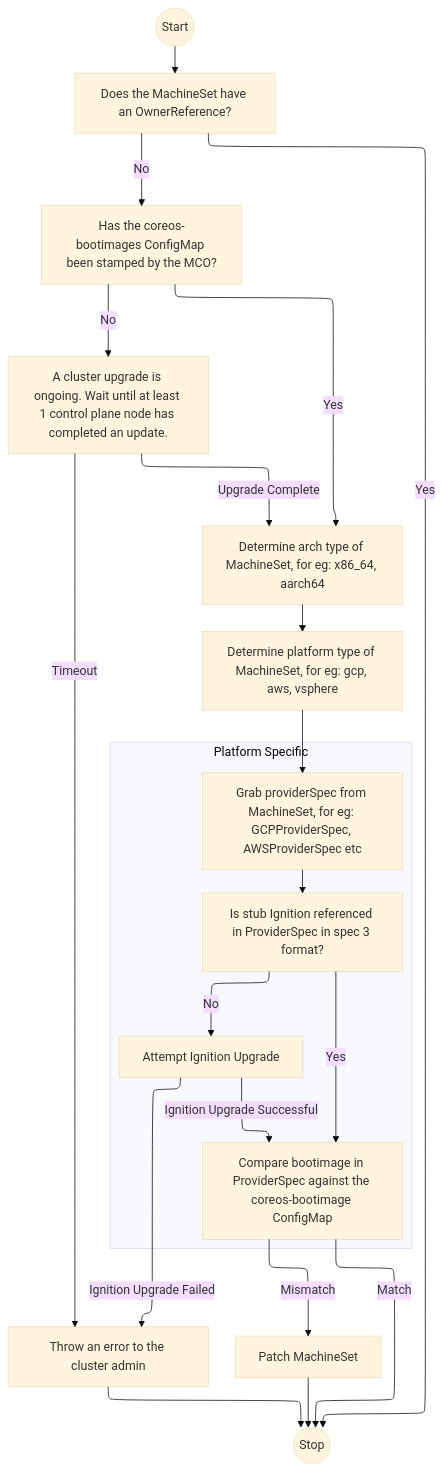
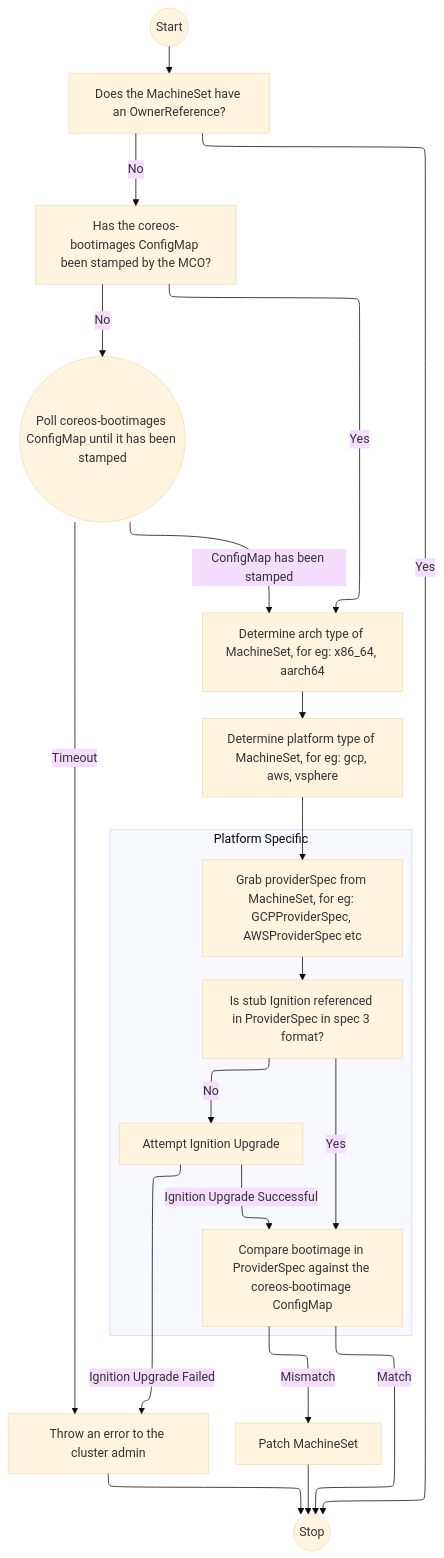
The first of 2 diagrams in enhancements/machine-config/manage-boot-images.md (openshift/enhancements), drawn with Mermaid (base theme) before and after one commit. The commit also changed other lines of this file, not shown here.

Commit message:
drafted skew enforcement API, updated timeline

````diff
--- a/enhancements/machine-config/manage-boot-images.md
+++ b/enhancements/machine-config/manage-boot-images.md
@@ -611,27 +640,27 @@
 ```mermaid
 flowchart-elk TD;
     Start((Start)) -->MachineSetOwnerCheck[Does the MachineSet have an OwnerReference?]
     MachineSetOwnerCheck -->|Yes|Stop
     MachineSetOwnerCheck -->|No| ConfigMapCheck[Has the coreos-bootimages ConfigMap been stamped by the MCO?] ;
     
     ConfigMapCheck -->|Yes|ArchType[Determine arch type of MachineSet, for eg: x86_64, aarch64] ;
-    ConfigMapCheck -->|No| Wait[A cluster upgrade is ongoing. Wait until at least 1 control plane node has completed an update.];
-    Wait --> |Upgrade Complete| ArchType
+    ConfigMapCheck -->|No| Wait((Poll coreos-bootimages ConfigMap until it has been stamped));
+    Wait --> |ConfigMap has been stamped| ArchType
     Wait --> |Timeout| Error
     ArchType -->PlatformType[Determine platform type of MachineSet, for eg: gcp, aws, vsphere] ;
     PlatformType -->ProviderSpec[Grab providerSpec from MachineSet, for eg: GCPProviderSpec, AWSProviderSpec etc] ;
 
     subgraph PlatformSpecific[Platform Specific]
     ProviderSpec -->IgnitionCheck[Is stub Ignition referenced in ProviderSpec in spec 3 format?] ;
     IgnitionCheck -->|Yes|CompareBootImage[Compare bootimage in ProviderSpec against the coreos-bootimage ConfigMap] ;
     IgnitionCheck -->|No| IgnitionUpgrade[Attempt Ignition Upgrade];
     IgnitionUpgrade -->|Ignition Upgrade Successful| CompareBootImage;
     end
 
     IgnitionUpgrade -->|Ignition Upgrade Failed| Error[Throw an error to the cluster admin];
     Error -->Stop[Stop];
     CompareBootImage -->|Mismatch| Patch[Patch MachineSet];
     CompareBootImage -->|Match| Stop[Stop];
     
     Patch --> Stop((Stop));
 ```
````
